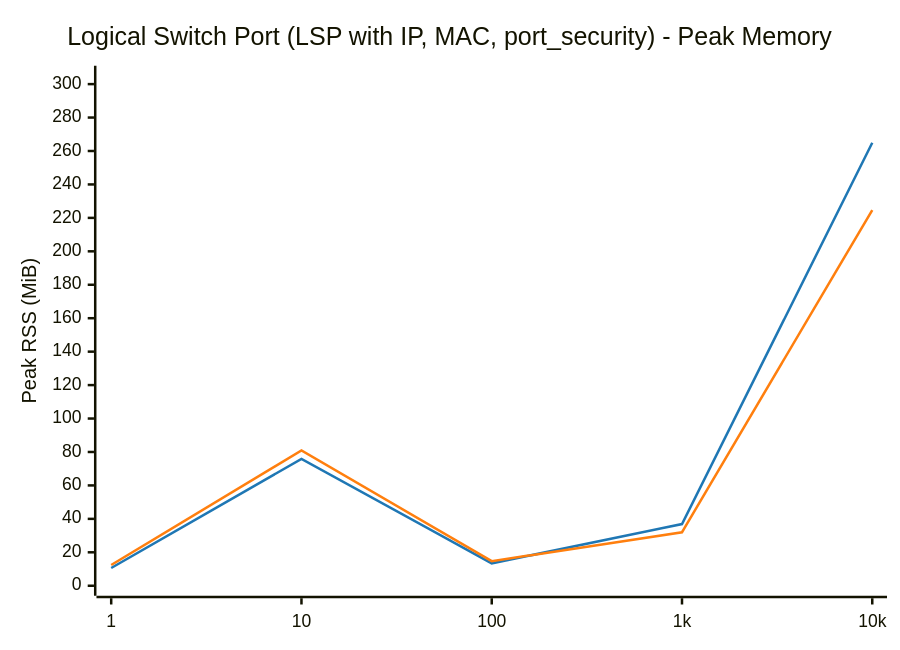
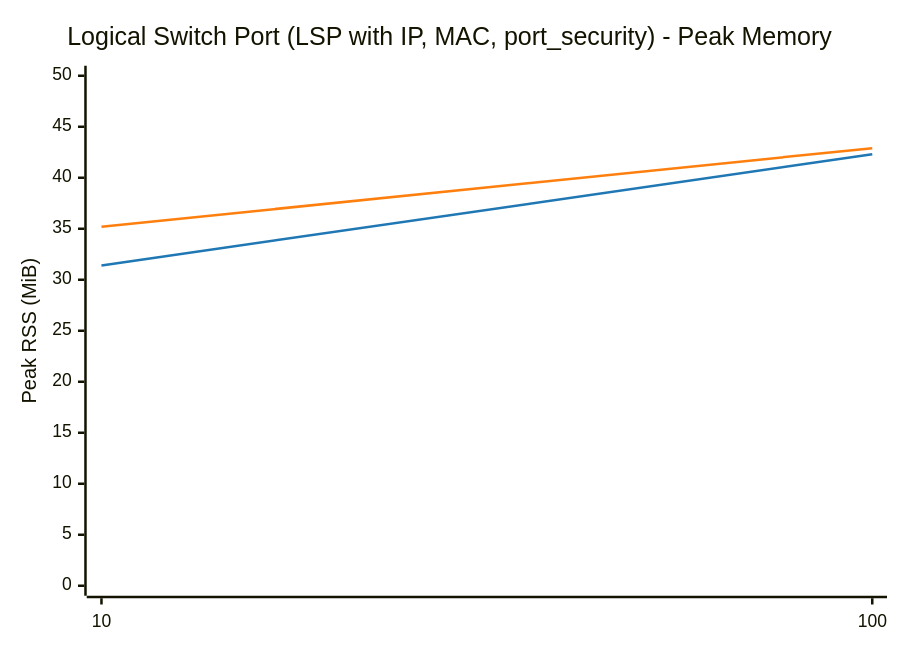
One commit to LionelJouin/ovs-ovn-bench changed the second of 2 diagrams in results/BENCHMARK_REPORT.md. Above: the diagram before and after it, drawn with Mermaid. The commit also changed other lines of this file and 2 other files, not shown here.

First line of the commit message:
Fix OpenFlow socket path, isolate RssAnon heap, and bind chassis ports

````diff
--- a/results/BENCHMARK_REPORT.md
+++ b/results/BENCHMARK_REPORT.md
@@ -105,14 +78,14 @@
 ```mermaid
 ---
 config:
     themeVariables:
         xyChart:
             plotColorPalette: "#1f77b4, #ff7f0e"
 ---
 xychart-beta
     title "Logical Switch Port (LSP with IP, MAC, port_security) - Peak Memory"
-    x-axis ["1", "10", "100", "1k", "10k"]
-    y-axis "Peak RSS (MiB)" 0 --> 305
-    line "glibc malloc" [10.6, 75.9, 13.4, 36.9, 264.9]
-    line "jemalloc" [12.4, 80.9, 14.7, 32.0, 224.7]
+    x-axis ["10", "100"]
+    y-axis "Peak RSS (MiB)" 0 --> 50
+    line "glibc malloc" [31.4, 42.3]
+    line "jemalloc" [35.2, 42.9]
 ```
````
